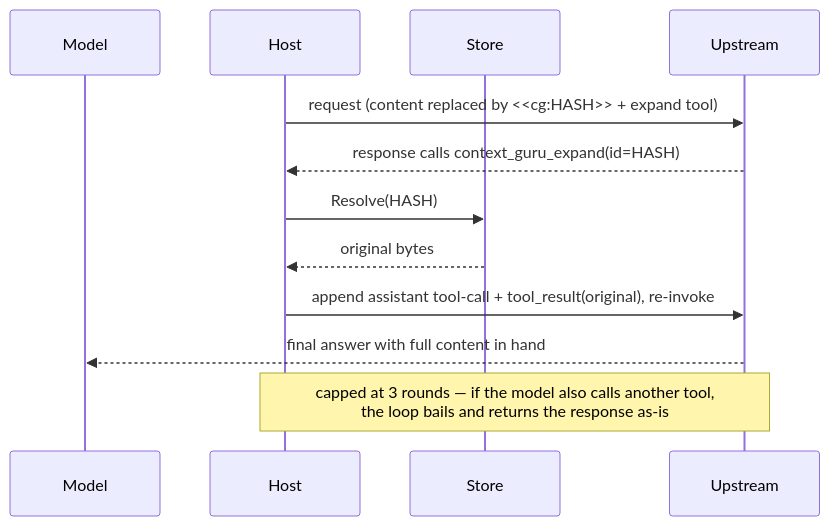
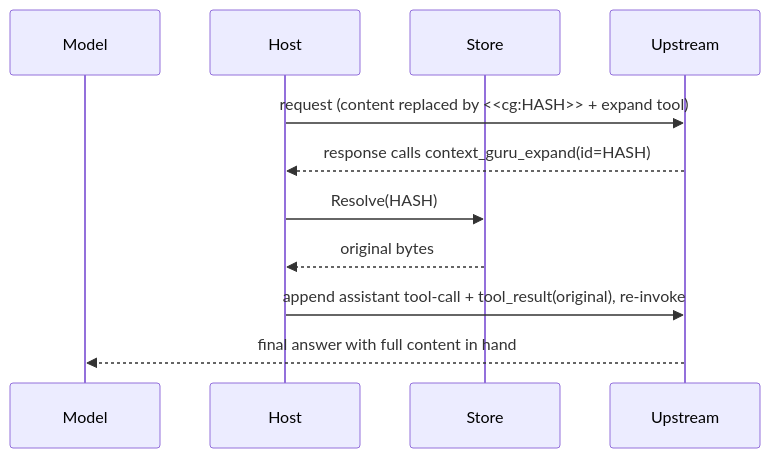
One commit to itay-nakash/context-guru changed the diagram in docs/how-to/recover-context.md. Above: the diagram before and after it, drawn with Mermaid. The commit also changed other lines of this file and 161 other files, not shown here.

````diff
--- a/docs/how-to/recover-context.md
+++ b/docs/how-to/recover-context.md
@@ -30,14 +23,13 @@
 ```mermaid
 sequenceDiagram
   participant M as Model
   participant Host
   participant Store
   participant Up as Upstream
   Host->>Up: request (content replaced by <<cg:HASH>> + expand tool)
   Up-->>Host: response calls context_guru_expand(id=HASH)
   Host->>Store: Resolve(HASH)
   Store-->>Host: original bytes
   Host->>Up: append assistant tool-call + tool_result(original), re-invoke
   Up-->>M: final answer with full content in hand
-  Note over Host,Up: capped at 3 rounds — if the model also calls another tool,<br/>the loop bails and returns the response as-is
 ```
````
